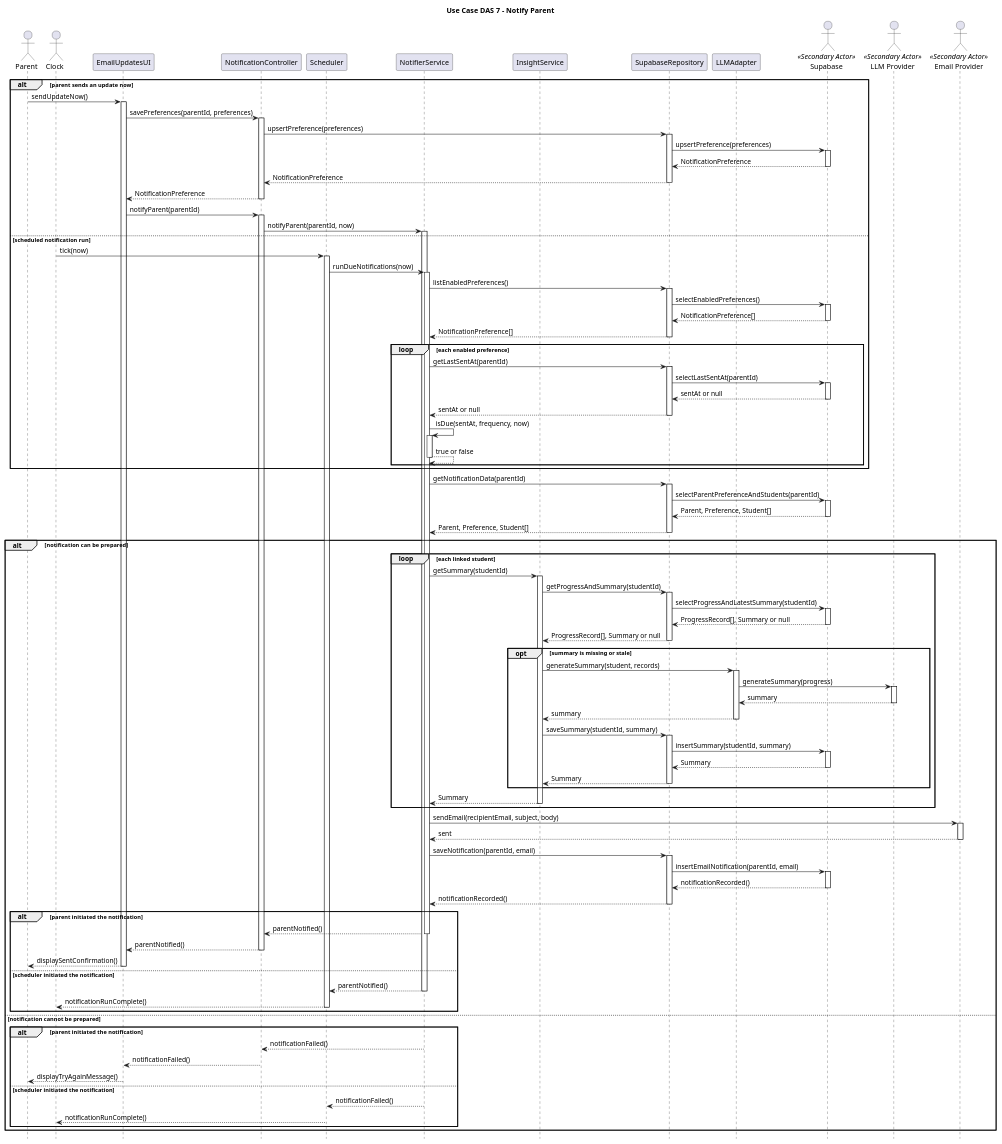
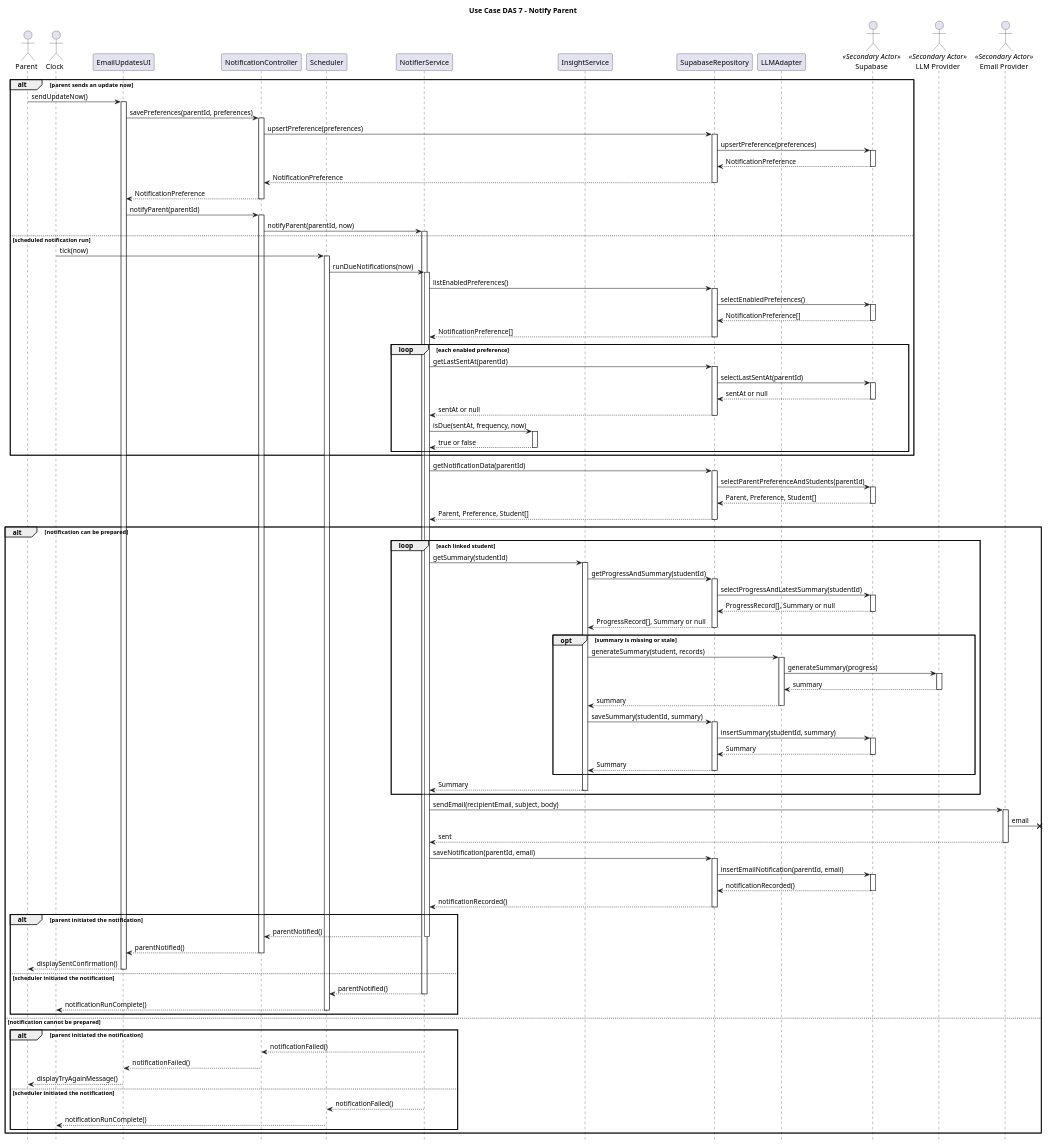
One commit to Bwooonggg/ESC-C2T5 changed the diagram in DAS_7/docs/DIAGSRC_SequenceDiagram7_2.puml. Above: the diagram before and after it, drawn with PlantUML. The commit also changed 1 other file, not shown here.

Commit message:
docs(DAS7_backend): updated sequence diagram 7_2

```diff
--- a/DAS_7/docs/DIAGSRC_SequenceDiagram7_2.puml
+++ b/DAS_7/docs/DIAGSRC_SequenceDiagram7_2.puml
@@ -1,156 +1,162 @@
 @startuml
 title Use Case DAS 7 - Notify Parent
 
 hide footbox
 skinparam backgroundColor white
 skinparam shadowing false
+skinparam sequenceParticipant {
+  fontColor<<hidden>> transparent
+  borderColor<<hidden>> transparent
+  backgroundColor<<hidden>> transparent
+}
+skinparam sequenceLifeLineBorderColor<<hidden>> transparent
 
 actor Parent
 actor Clock
 participant EmailUpdatesUI as UI
 participant NotificationController as Controller
 participant Scheduler
 participant NotifierService as Notifier
+participant " " as NotifierCall <<hidden>> #transparent
 participant InsightService as Insight
 participant SupabaseRepository as Repository
 participant LLMAdapter as Adapter
 actor Supabase as Database <<Secondary Actor>>
 actor "LLM Provider" as LLM <<Secondary Actor>>
 actor "Email Provider" as Email <<Secondary Actor>>
 
 alt parent sends an update now
   Parent -> UI : sendUpdateNow()
   activate UI
   UI -> Controller : savePreferences(parentId, preferences)
   activate Controller
   Controller -> Repository : upsertPreference(preferences)
   activate Repository
   Repository -> Database : upsertPreference(preferences)
   activate Database
   Database --> Repository : NotificationPreference
   deactivate Database
   Repository --> Controller : NotificationPreference
   deactivate Repository
   Controller --> UI : NotificationPreference
   deactivate Controller
   UI -> Controller : notifyParent(parentId)
   activate Controller
   Controller -> Notifier : notifyParent(parentId, now)
   activate Notifier
 else scheduled notification run
   Clock -> Scheduler : tick(now)
   activate Scheduler
   Scheduler -> Notifier : runDueNotifications(now)
   activate Notifier
   Notifier -> Repository : listEnabledPreferences()
   activate Repository
   Repository -> Database : selectEnabledPreferences()
   activate Database
   Database --> Repository : NotificationPreference[]
   deactivate Database
   Repository --> Notifier : NotificationPreference[]
   deactivate Repository
   loop each enabled preference
     Notifier -> Repository : getLastSentAt(parentId)
     activate Repository
     Repository -> Database : selectLastSentAt(parentId)
     activate Database
     Database --> Repository : sentAt or null
     deactivate Database
     Repository --> Notifier : sentAt or null
     deactivate Repository
-    Notifier -> Notifier : isDue(sentAt, frequency, now)
-    activate Notifier
-    Notifier --> Notifier : true or false
-    deactivate Notifier
+    Notifier -> NotifierCall ++ : isDue(sentAt, frequency, now)
+    return true or false
   end
 end
 
 Notifier -> Repository : getNotificationData(parentId)
 activate Repository
 Repository -> Database : selectParentPreferenceAndStudents(parentId)
 activate Database
 Database --> Repository : Parent, Preference, Student[]
 deactivate Database
 Repository --> Notifier : Parent, Preference, Student[]
 deactivate Repository
 
 alt notification can be prepared
   loop each linked student
     Notifier -> Insight : getSummary(studentId)
     activate Insight
     Insight -> Repository : getProgressAndSummary(studentId)
     activate Repository
     Repository -> Database : selectProgressAndLatestSummary(studentId)
     activate Database
     Database --> Repository : ProgressRecord[], Summary or null
     deactivate Database
     Repository --> Insight : ProgressRecord[], Summary or null
     deactivate Repository
 
     opt summary is missing or stale
       Insight -> Adapter : generateSummary(student, records)
       activate Adapter
       Adapter -> LLM : generateSummary(progress)
       activate LLM
       LLM --> Adapter : summary
       deactivate LLM
       Adapter --> Insight : summary
       deactivate Adapter
       Insight -> Repository : saveSummary(studentId, summary)
       activate Repository
       Repository -> Database : insertSummary(studentId, summary)
       activate Database
       Database --> Repository : Summary
       deactivate Database
       Repository --> Insight : Summary
       deactivate Repository
     end
 
     Insight --> Notifier : Summary
     deactivate Insight
   end
 
   Notifier -> Email : sendEmail(recipientEmail, subject, body)
   activate Email
+  Email ->x] : email
   Email --> Notifier : sent
   deactivate Email
   Notifier -> Repository : saveNotification(parentId, email)
   activate Repository
   Repository -> Database : insertEmailNotification(parentId, email)
   activate Database
   Database --> Repository : notificationRecorded()
   deactivate Database
   Repository --> Notifier : notificationRecorded()
   deactivate Repository
 
   alt parent initiated the notification
     Notifier --> Controller : parentNotified()
     deactivate Notifier
     Controller --> UI : parentNotified()
     deactivate Controller
     UI --> Parent : displaySentConfirmation()
     deactivate UI
   else scheduler initiated the notification
     Notifier --> Scheduler : parentNotified()
     deactivate Notifier
     Scheduler --> Clock : notificationRunComplete()
     deactivate Scheduler
   end
 else notification cannot be prepared
   alt parent initiated the notification
     Notifier --> Controller : notificationFailed()
     deactivate Notifier
     Controller --> UI : notificationFailed()
     deactivate Controller
     UI --> Parent : displayTryAgainMessage()
     deactivate UI
   else scheduler initiated the notification
     Notifier --> Scheduler : notificationFailed()
     deactivate Notifier
     Scheduler --> Clock : notificationRunComplete()
     deactivate Scheduler
   end
 end
 
 @enduml
```
